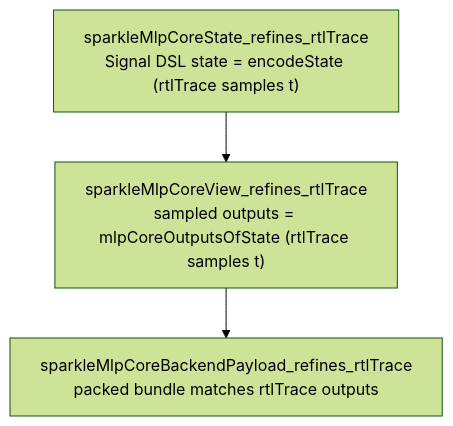
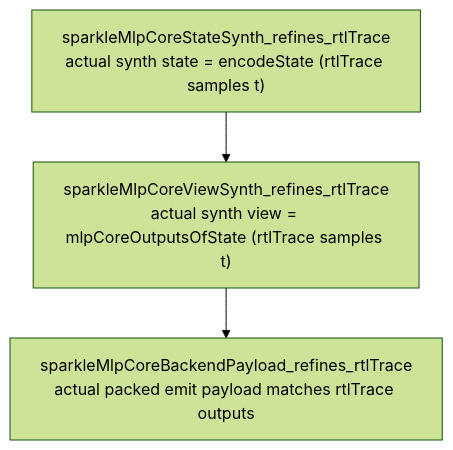
One commit to dfdgsdfg/ann-rtl-lean-poc changed the third of 4 diagrams in docs/generated-rtl.md. Above: the diagram before and after it, drawn with Mermaid (forest theme). The commit also changed other lines of this file and 4 other files, not shown here.

Commit message:
Align Sparkle docs with synth-path proof scope

````diff
--- a/docs/generated-rtl.md
+++ b/docs/generated-rtl.md
@@ -333,7 +333,7 @@
 ```mermaid
 graph TB
-    A["sparkleMlpCoreState_refines_rtlTrace<br/>Signal DSL state = encodeState (rtlTrace samples t)"]
-    B["sparkleMlpCoreView_refines_rtlTrace<br/>sampled outputs = mlpCoreOutputsOfState (rtlTrace samples t)"]
-    C["sparkleMlpCoreBackendPayload_refines_rtlTrace<br/>packed bundle matches rtlTrace outputs"]
+    A["sparkleMlpCoreStateSynth_refines_rtlTrace<br/>actual synth state = encodeState (rtlTrace samples t)"]
+    B["sparkleMlpCoreViewSynth_refines_rtlTrace<br/>actual synth view = mlpCoreOutputsOfState (rtlTrace samples t)"]
+    C["sparkleMlpCoreBackendPayload_refines_rtlTrace<br/>actual packed emit payload matches rtlTrace outputs"]
     A --> B --> C
 ```
````
